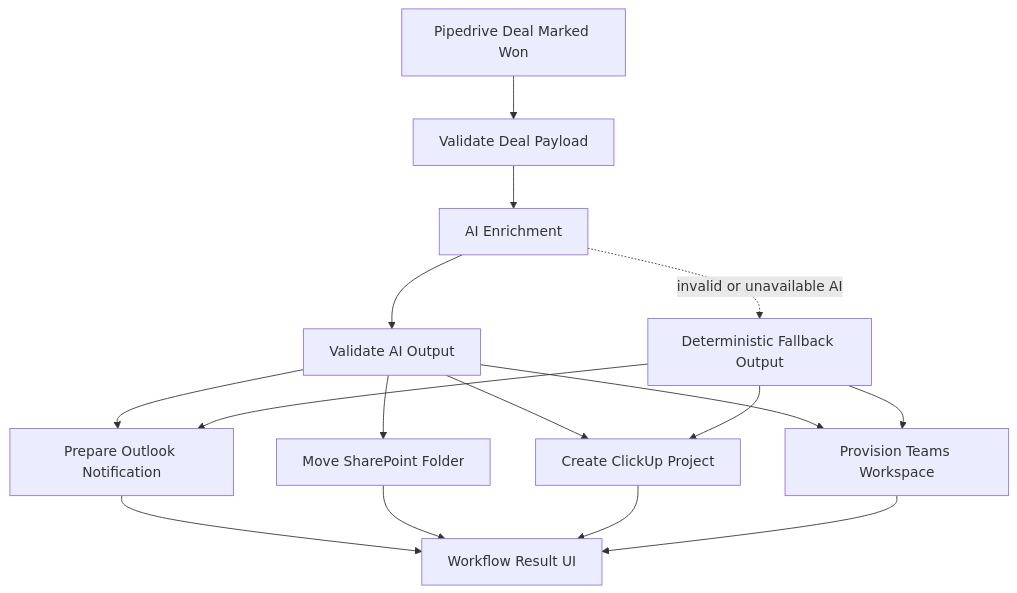
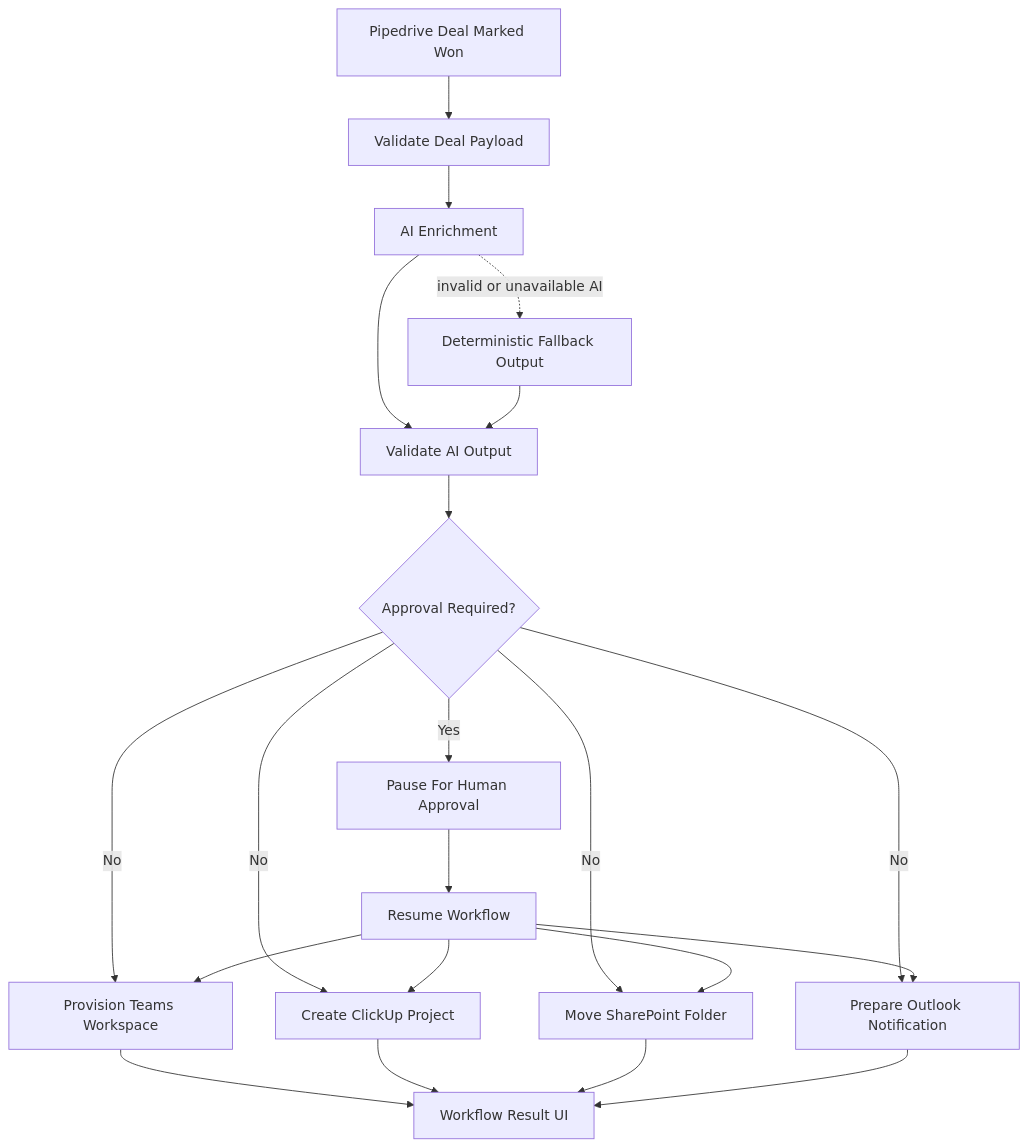
Before and after one commit to AdrianaAC/frontend-assessment-internal-automation: the diagram in README.md, drawn with Mermaid. The commit also changed other lines of this file and 19 other files, not shown here.

````diff
--- a/README.md
+++ b/README.md
@@ -21,19 +23,23 @@
 ```mermaid
 flowchart TD
     A[Pipedrive Deal Marked Won] --> B[Validate Deal Payload]
     B --> C[AI Enrichment]
     C --> D[Validate AI Output]
-    D --> E[Prepare Outlook Notification]
-    D --> F[Move SharePoint Folder]
-    D --> G[Create ClickUp Project]
-    D --> H[Provision Teams Workspace]
-    E --> I[Workflow Result UI]
+    C -. invalid or unavailable AI .-> J[Deterministic Fallback Output]
+    J --> D
+    D --> K{Approval Required?}
+    K -- Yes --> L[Pause For Human Approval]
+    L --> M[Resume Workflow]
+    K -- No --> E[Prepare Outlook Notification]
+    M --> E
+    K -- No --> F[Move SharePoint Folder]
+    M --> F
+    K -- No --> G[Create ClickUp Project]
+    M --> G
+    K -- No --> H[Provision Teams Workspace]
+    M --> H
+    H --> I[Workflow Result UI]
+    G --> I
     F --> I
-    G --> I
-    H --> I
-
-    C -. invalid or unavailable AI .-> J[Deterministic Fallback Output]
-    J --> E
-    J --> G
-    J --> H
+    E --> I
 ```
````
